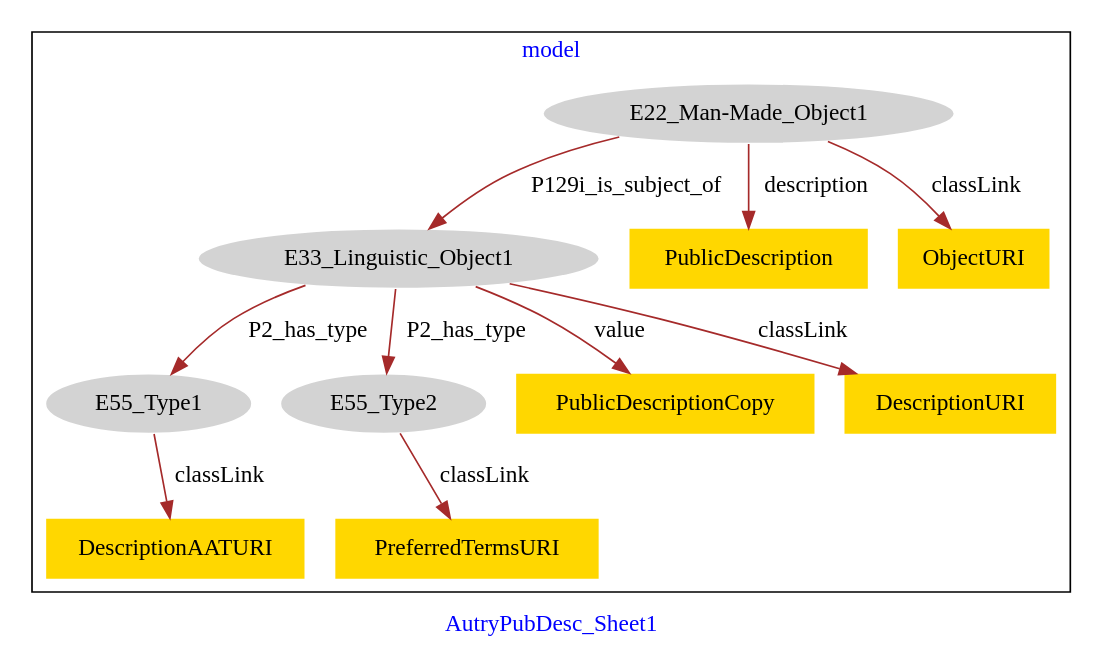
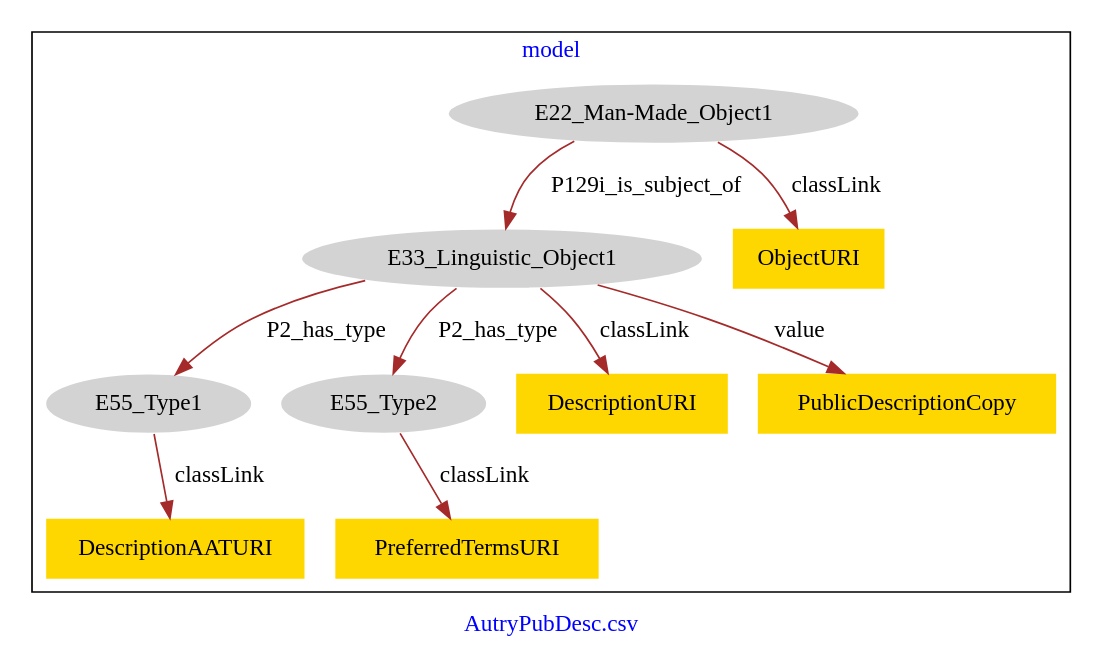
Before and after one commit to american-art/autry: the diagram in AutryPubDesc/AutryPubDesc-model.dot, drawn with Graphviz.

Commit message:
Update file AutryPubDesc-model.dot

```diff
--- a/AutryPubDesc/AutryPubDesc-model.dot
+++ b/AutryPubDesc/AutryPubDesc-model.dot
@@ -1,27 +1,25 @@
 digraph n0 {
 fontcolor="blue"
 remincross="true"
-label="AutryPubDesc_Sheet1"
+label="AutryPubDesc.csv"
 subgraph cluster {
 label="model"
 n2[style="filled",color="white",fillcolor="lightgray",label="E22_Man-Made_Object1"];
 n3[style="filled",color="white",fillcolor="lightgray",label="E33_Linguistic_Object1"];
 n4[style="filled",color="white",fillcolor="lightgray",label="E55_Type1"];
 n5[style="filled",color="white",fillcolor="lightgray",label="E55_Type2"];
-n6[shape="plaintext",style="filled",fillcolor="gold",label="PublicDescriptionCopy"];
-n7[shape="plaintext",style="filled",fillcolor="gold",label="PreferredTermsURI"];
-n8[shape="plaintext",style="filled",fillcolor="gold",label="PublicDescription"];
-n9[shape="plaintext",style="filled",fillcolor="gold",label="ObjectURI"];
-n10[shape="plaintext",style="filled",fillcolor="gold",label="DescriptionAATURI"];
-n11[shape="plaintext",style="filled",fillcolor="gold",label="DescriptionURI"];
+n6[shape="plaintext",style="filled",fillcolor="gold",label="DescriptionURI"];
+n7[shape="plaintext",style="filled",fillcolor="gold",label="DescriptionAATURI"];
+n8[shape="plaintext",style="filled",fillcolor="gold",label="ObjectURI"];
+n9[shape="plaintext",style="filled",fillcolor="gold",label="PublicDescriptionCopy"];
+n10[shape="plaintext",style="filled",fillcolor="gold",label="PreferredTermsURI"];
 }
 n2 -> n3[color="brown",fontcolor="black",label="P129i_is_subject_of"]
 n3 -> n4[color="brown",fontcolor="black",label="P2_has_type"]
 n3 -> n5[color="brown",fontcolor="black",label="P2_has_type"]
-n3 -> n6[color="brown",fontcolor="black",label="value"]
-n5 -> n7[color="brown",fontcolor="black",label="classLink"]
-n2 -> n8[color="brown",fontcolor="black",label="description"]
-n2 -> n9[color="brown",fontcolor="black",label="classLink"]
-n4 -> n10[color="brown",fontcolor="black",label="classLink"]
-n3 -> n11[color="brown",fontcolor="black",label="classLink"]
+n3 -> n6[color="brown",fontcolor="black",label="classLink"]
+n4 -> n7[color="brown",fontcolor="black",label="classLink"]
+n2 -> n8[color="brown",fontcolor="black",label="classLink"]
+n3 -> n9[color="brown",fontcolor="black",label="value"]
+n5 -> n10[color="brown",fontcolor="black",label="classLink"]
 }
```
